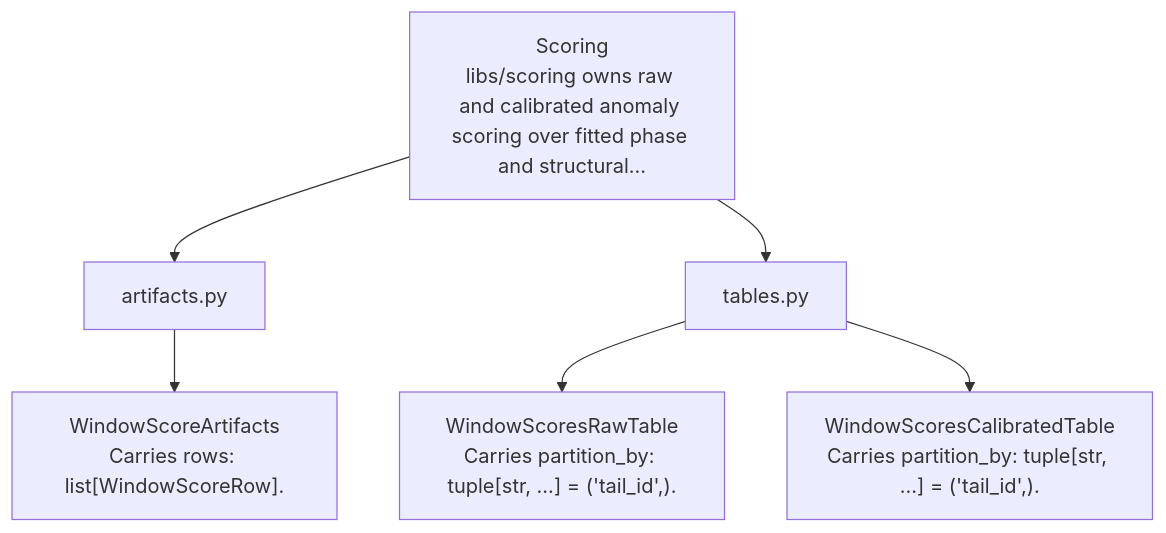
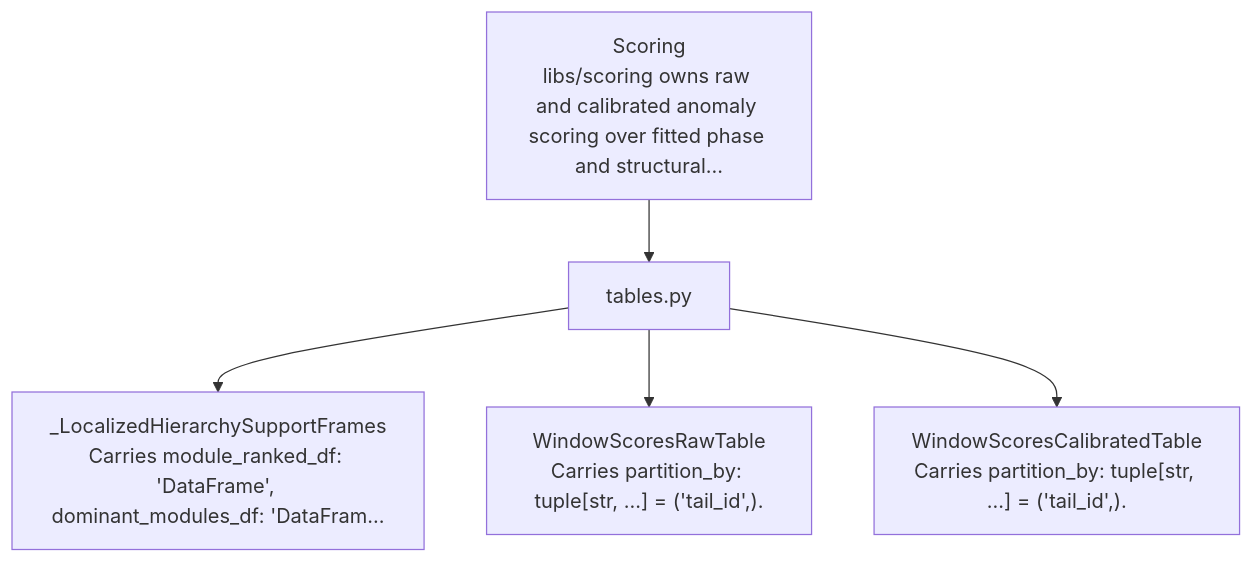
Before and after one commit to stauntonjr/S3NTINEL: diagram 12 of 16 in docs/architecture/core_library_semantics.md, drawn with Mermaid. The commit also changed other lines of this file and 47 other files, not shown here.

````diff
--- a/docs/architecture/core_library_semantics.md
+++ b/docs/architecture/core_library_semantics.md
@@ -2503,14 +2555,12 @@
 ```mermaid
 flowchart TB
     core_libraries_scoring["Scoring\nlibs/scoring owns raw and calibrated anomaly scoring over fitted phase and structural..."]
-    core_libraries_scoring_libs_scoring_artifacts["artifacts.py"]
-    core_libraries_scoring --> core_libraries_scoring_libs_scoring_artifacts
-    core_libraries_scoring_libs_scoring_artifacts_windowscoreartifacts["WindowScoreArtifacts\nCarries rows: list[WindowScoreRow]."]
-    core_libraries_scoring_libs_scoring_artifacts --> core_libraries_scoring_libs_scoring_artifacts_windowscoreartifacts
     core_libraries_scoring_libs_scoring_tables["tables.py"]
     core_libraries_scoring --> core_libraries_scoring_libs_scoring_tables
+    core_libraries_scoring_libs_scoring_tables__localizedhierarchysupportframes["_LocalizedHierarchySupportFrames\nCarries module_ranked_df: 'DataFrame', dominant_modules_df: 'DataFram..."]
+    core_libraries_scoring_libs_scoring_tables --> core_libraries_scoring_libs_scoring_tables__localizedhierarchysupportframes
     core_libraries_scoring_libs_scoring_tables_windowscoresrawtable["WindowScoresRawTable\nCarries partition_by: tuple[str, ...] = ('tail_id',)."]
     core_libraries_scoring_libs_scoring_tables --> core_libraries_scoring_libs_scoring_tables_windowscoresrawtable
     core_libraries_scoring_libs_scoring_tables_windowscorescalibratedtable["WindowScoresCalibratedTable\nCarries partition_by: tuple[str, ...] = ('tail_id',)."]
     core_libraries_scoring_libs_scoring_tables --> core_libraries_scoring_libs_scoring_tables_windowscorescalibratedtable
 ```
````
